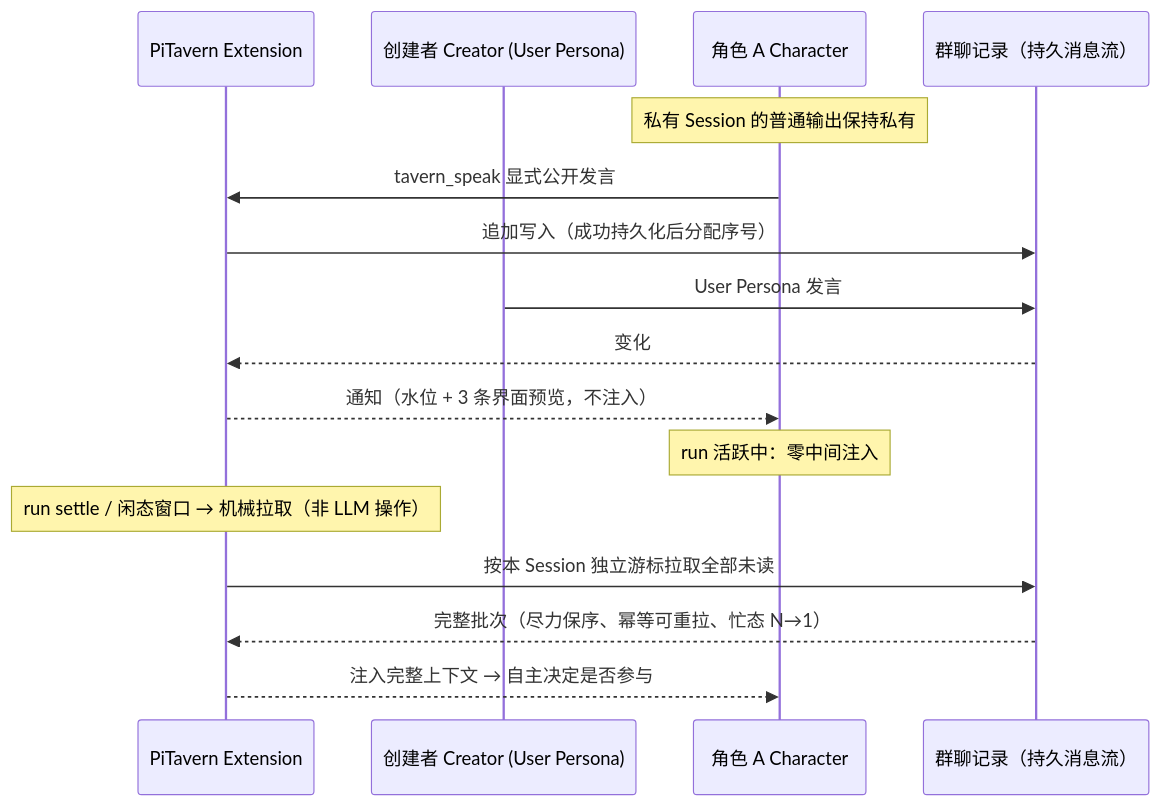
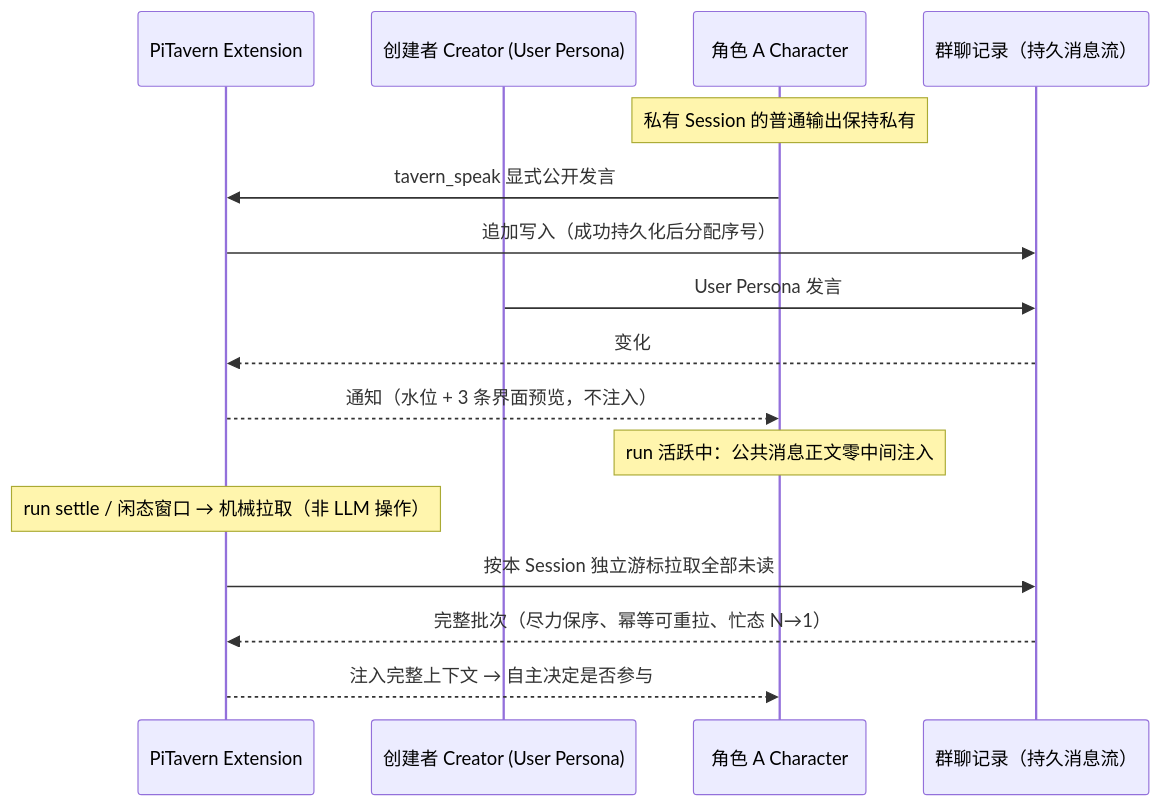
One commit to icylight/pi-tavern changed the first of 6 diagrams in README.md. Above: the diagram before and after it, drawn with Mermaid. The commit also changed other lines of this file and 1 other file, not shown here.

Commit message:
docs(readme): 表述收敛——run 注入限定公共消息正文（概述/时序图/差异三处）+ 去「绝不跳过」改正常语义（新 Session 无游标从完整历史拉取）+ 安装步骤（Git 仓库开发版，User 审查修正）

````diff
--- a/README.md
+++ b/README.md
@@ -25,19 +25,19 @@
 ```mermaid
 sequenceDiagram
     participant E as PiTavern Extension
     participant C as 创建者 Creator (User Persona)
     participant A as 角色 A Character
     participant S as 群聊记录（持久消息流）
 
     Note over A: 私有 Session 的普通输出保持私有
     A->>E: tavern_speak 显式公开发言
     E->>S: 追加写入（成功持久化后分配序号）
     C->>S: User Persona 发言
     S-->>E: 变化
     E-->>A: 通知（水位 + 3 条界面预览，不注入）
-    Note over A: run 活跃中：零中间注入
+    Note over A: run 活跃中：公共消息正文零中间注入
     Note over E: run settle / 闲态窗口 → 机械拉取（非 LLM 操作）
     E->>S: 按本 Session 独立游标拉取全部未读
     S-->>E: 完整批次（尽力保序、幂等可重拉、忙态 N→1）
     E-->>A: 注入完整上下文 → 自主决定是否参与
 ```
````
